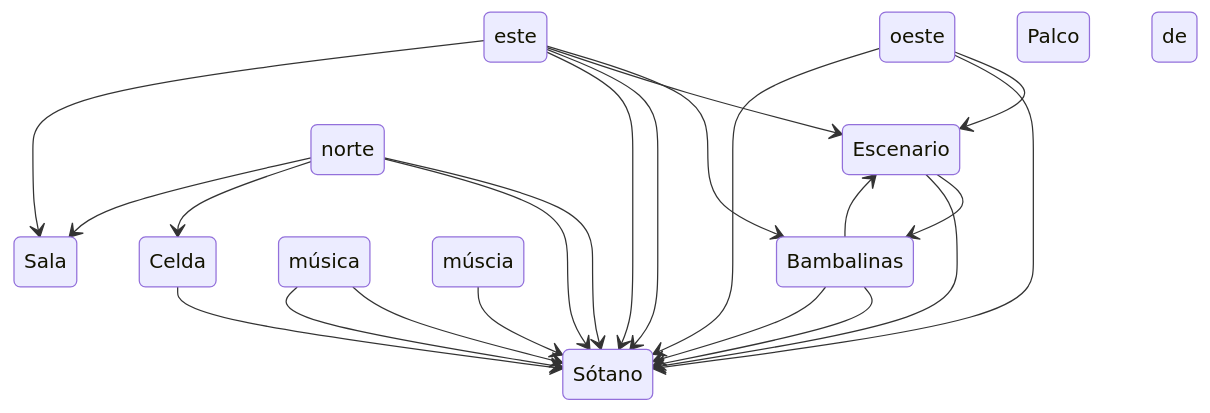
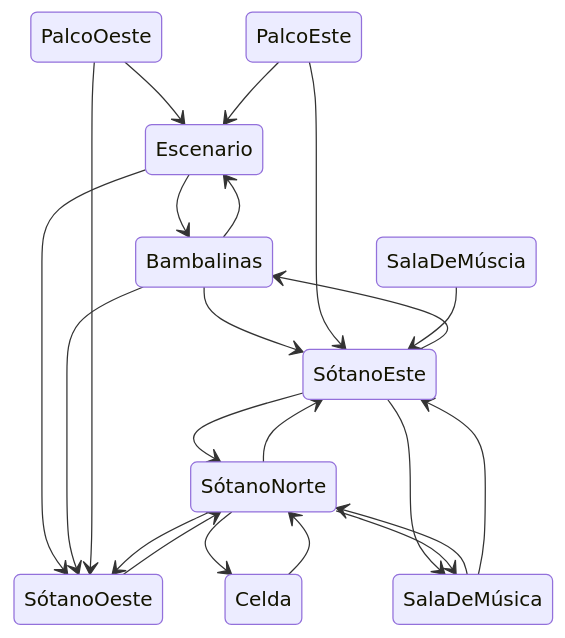
Before and after one commit to IAV23-G04/IAV23-G04-P3: the first of 4 diagrams in README.md, drawn with Mermaid.

Commit message:
Diagrama de salas 2

````diff
--- a/README.md
+++ b/README.md
@@ -56,24 +56,24 @@
 ```mermaid
 stateDiagram
     Escenario --> Bambalinas
     Bambalinas --> Escenario
-    Escenario --> Sótano oeste
-    Bambalinas --> Sótano este
-    Sótano este --> Bambalinas
-    Bambalinas --> Sótano oeste
-    Palco oeste --> Escenario
-    Palco oeste --> Sótano oeste
-    Palco este --> Escenario
-    Palco este --> Sótano este
-    Sótano oeste --> Sótano norte
-    Sótano norte --> Sótano oeste
-    Sótano este --> Sótano norte
-    Sótano norte --> Sótano este
-    Sótano este --> Sala de música
-    Sala de múscia --> Sótano este
-    Celda --> Sótano norte
-    Sótano norte --> Celda
-    Sótano norte --> Sala de música
-    Sala de música --> Sótano norte
-    Sala de música --> Sótano este    
+    Escenario --> SótanoOeste
+    Bambalinas --> SótanoEste
+    SótanoEste --> Bambalinas
+    Bambalinas --> SótanoOeste
+    PalcoOeste --> Escenario
+    PalcoOeste --> SótanoOeste
+    PalcoEste --> Escenario
+    PalcoEste --> SótanoEste
+    SótanoOeste --> SótanoNorte
+    SótanoNorte --> SótanoOeste
+    SótanoEste --> SótanoNorte
+    SótanoNorte --> SótanoEste
+    SótanoEste --> SalaDeMúsica
+    SalaDeMúscia --> SótanoEste
+    Celda --> SótanoNorte
+    SótanoNorte --> Celda
+    SótanoNorte --> SalaDeMúsica
+    SalaDeMúsica --> SótanoNorte
+    SalaDeMúsica --> SótanoEste    
 ```
````
